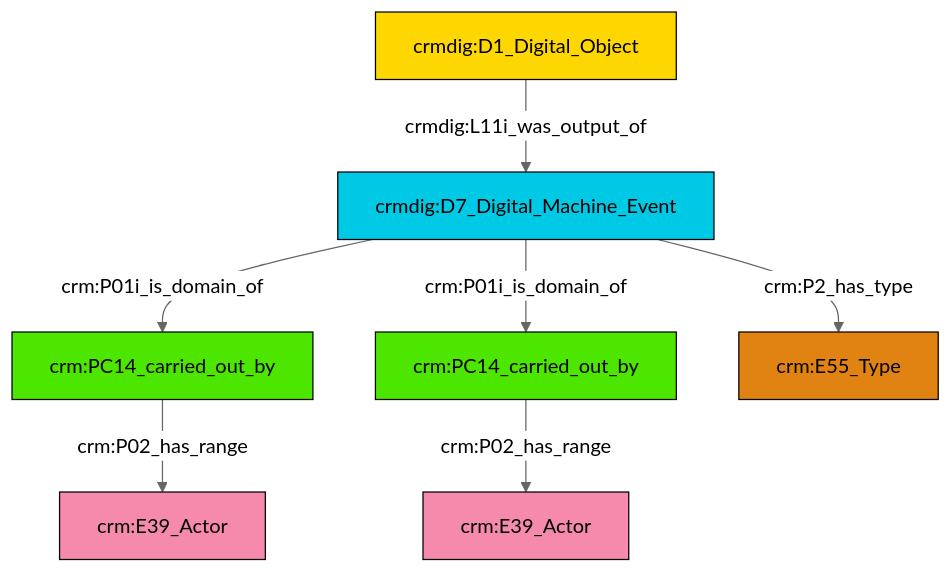
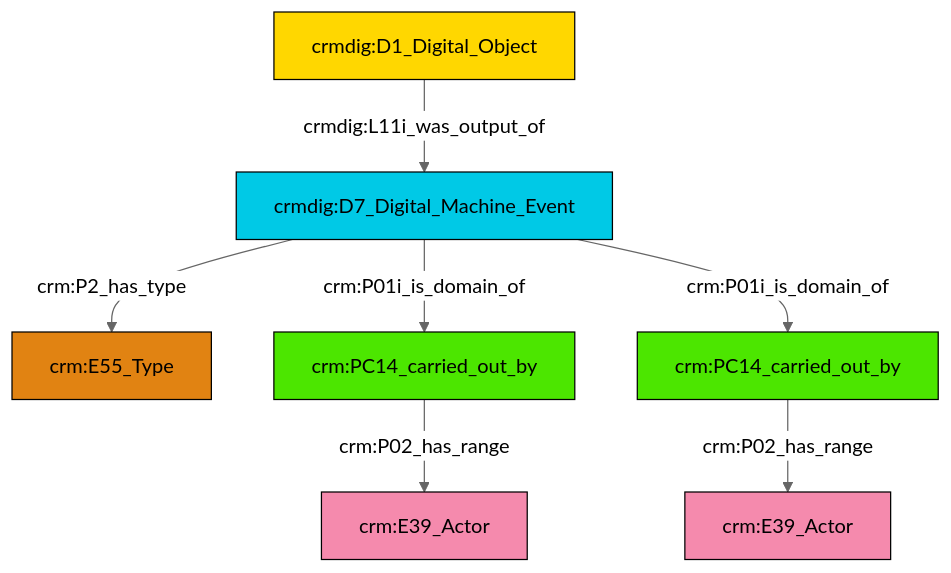
The diagram in et/doCSV/ttl/mmd/do_actor_relations.ttl.mmd (swiss-art-research-net/docs.swissartresearch), drawn with Mermaid (neutral theme) before and after one commit. The commit also changed 188 other files, not shown here.

```diff
--- a/et/doCSV/ttl/mmd/do_actor_relations.ttl.mmd
+++ b/et/doCSV/ttl/mmd/do_actor_relations.ttl.mmd
@@ -1,21 +1,21 @@
 graph TD
 classDef Literal fill:#f2f2f2,stroke:#000000;
 classDef CRM_Entity fill:#FFFFFF,stroke:#000000;
 classDef Temporal_Entity fill:#00C9E6, stroke:#000000;
 classDef Type fill:#E18312, stroke:#000000;
 classDef Time-Span fill:#2C9C91, stroke:#000000;
 classDef Appellation fill:#FFEB7F, stroke:#000000;
 classDef Place fill:#008836, stroke:#000000;
 classDef Persistent_Item fill:#B266B2, stroke:#000000;
 classDef Conceptual_Object fill:#FFD700, stroke:#000000;
 classDef Physical_Thing fill:#D2B48C, stroke:#000000;
 classDef Actor fill:#f58aad, stroke:#000000;
 classDef PC_Classes fill:#4ce600, stroke:#000000;
 classDef Multi fill:#cccccc,stroke:#000000;
 
-2["crm:PC14_carried_out_by"]:::PC_Classes -->|crm:P02_has_range| 3["crm:E39_Actor"]:::Actor
 4["crmdig:D7_Digital_Machine_Event"]:::Temporal_Entity -->|crm:P01i_is_domain_of| 5["crm:PC14_carried_out_by"]:::PC_Classes
-4["crmdig:D7_Digital_Machine_Event"]:::Temporal_Entity -->|crm:P01i_is_domain_of| 2["crm:PC14_carried_out_by"]:::PC_Classes
-0["crmdig:D1_Digital_Object"]:::Conceptual_Object -->|crmdig:L11i_was_output_of| 4["crmdig:D7_Digital_Machine_Event"]:::Temporal_Entity
-5["crm:PC14_carried_out_by"]:::PC_Classes -->|crm:P02_has_range| 11["crm:E39_Actor"]:::Actor
-4["crmdig:D7_Digital_Machine_Event"]:::Temporal_Entity -->|crm:P2_has_type| 7["crm:E55_Type"]:::Type
+6["crmdig:D1_Digital_Object"]:::Conceptual_Object -->|crmdig:L11i_was_output_of| 4["crmdig:D7_Digital_Machine_Event"]:::Temporal_Entity
+5["crm:PC14_carried_out_by"]:::PC_Classes -->|crm:P02_has_range| 0["crm:E39_Actor"]:::Actor
+8["crm:PC14_carried_out_by"]:::PC_Classes -->|crm:P02_has_range| 9["crm:E39_Actor"]:::Actor
+4["crmdig:D7_Digital_Machine_Event"]:::Temporal_Entity -->|crm:P01i_is_domain_of| 8["crm:PC14_carried_out_by"]:::PC_Classes
+4["crmdig:D7_Digital_Machine_Event"]:::Temporal_Entity -->|crm:P2_has_type| 2["crm:E55_Type"]:::Type
```
